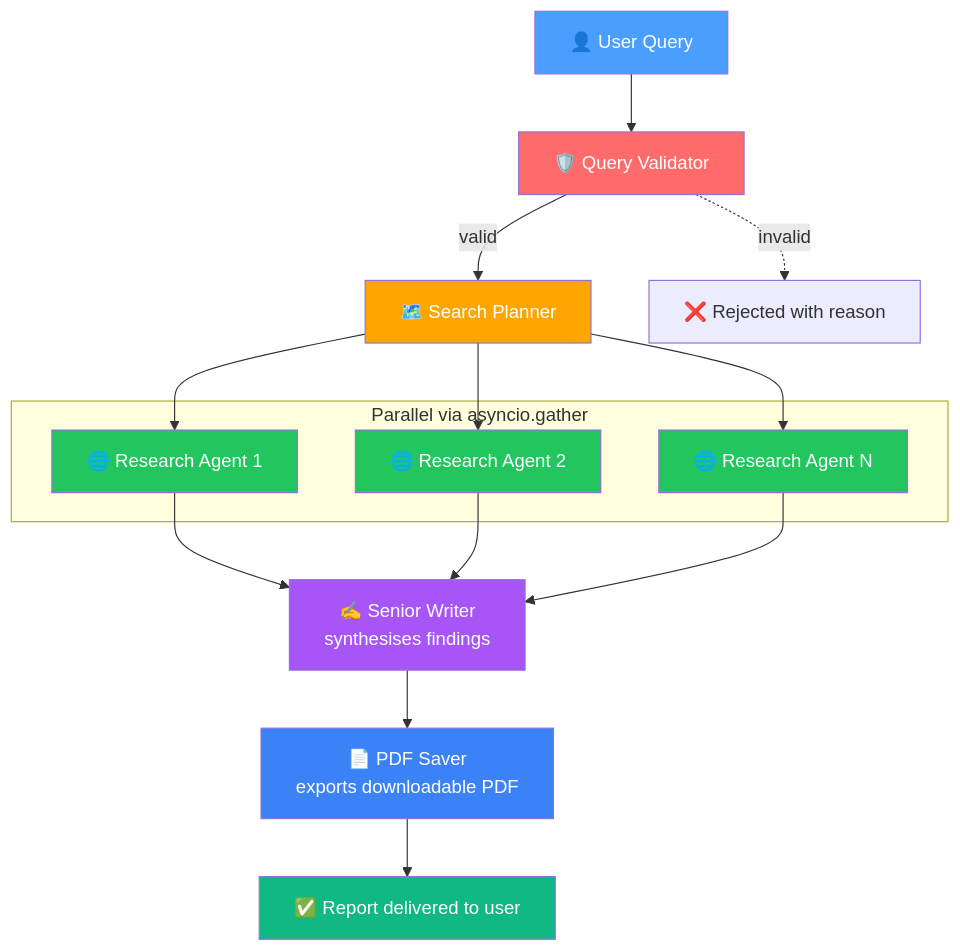
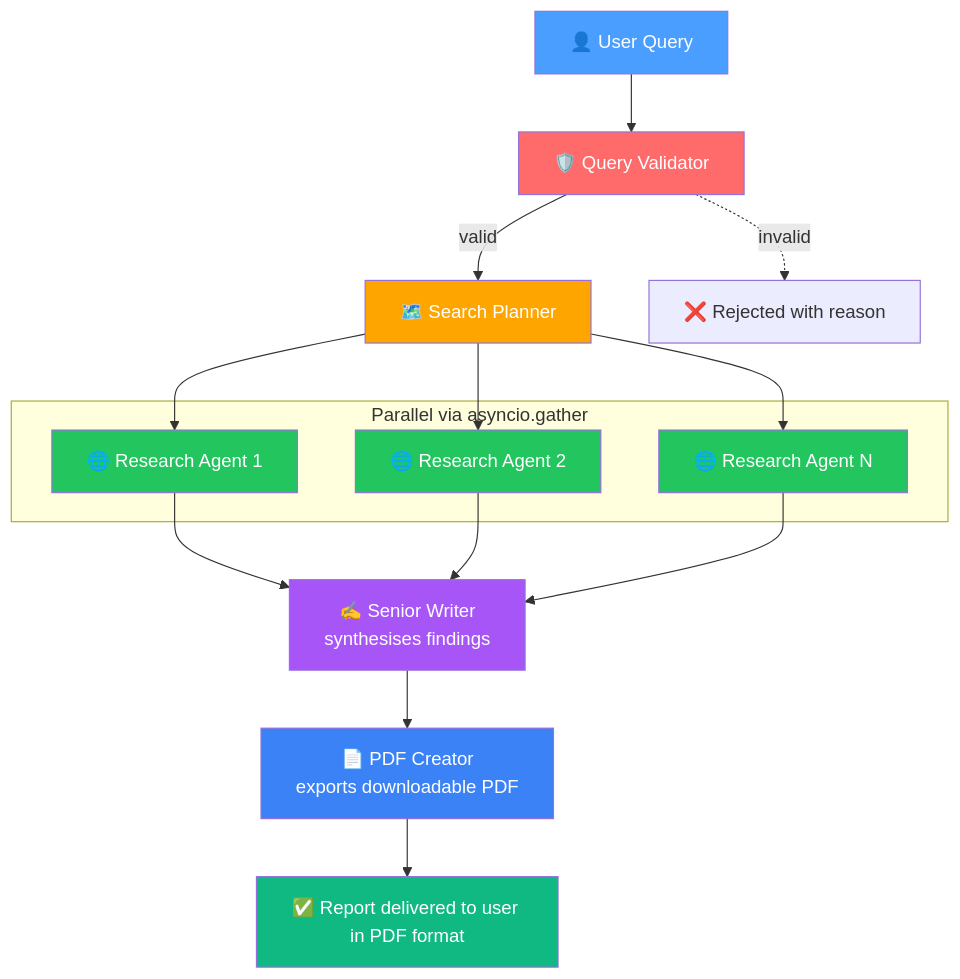
One commit to yasinemirkutlu44/LLM-Orchestrated-Agentic-AI-Researcher changed the diagram in README.md. Above: the diagram before and after it, drawn with Mermaid.

Commit message:
Update PDF export description in README

````diff
--- a/README.md
+++ b/README.md
@@ -39,32 +39,32 @@
 ```mermaid
 flowchart TD
     A[👤 User Query] --> B[🛡️ Query Validator]
     B -->|valid| C[🗺️ Search Planner]
     
     subgraph parallel [Parallel via asyncio.gather]
         D1[🌐 Research Agent 1]
         D2[🌐 Research Agent 2]
         D3[🌐 Research Agent N]
     end
     
     C --> D1
     C --> D2
     C --> D3
     D1 --> E[✍️ Senior Writer<br/>synthesises findings]
     D2 --> E
     D3 --> E
-    E --> F[📄 PDF Saver<br/>exports downloadable PDF]
-    F --> G[✅ Report delivered to user]
+    E --> F[📄 PDF Creator<br/>exports downloadable PDF]
+    F --> G[✅ Report delivered to user in PDF format]
     
     B -.->|invalid| X[❌ Rejected with reason]
 
     style A fill:#4a9eff,color:#fff
     style B fill:#ff6b6b,color:#fff
     style C fill:#ffa500,color:#fff
     style D1 fill:#22c55e,color:#fff
     style D2 fill:#22c55e,color:#fff
     style D3 fill:#22c55e,color:#fff
     style E fill:#a855f7,color:#fff
     style F fill:#3b82f6,color:#fff
     style G fill:#10b981,color:#fff
 ```
````
